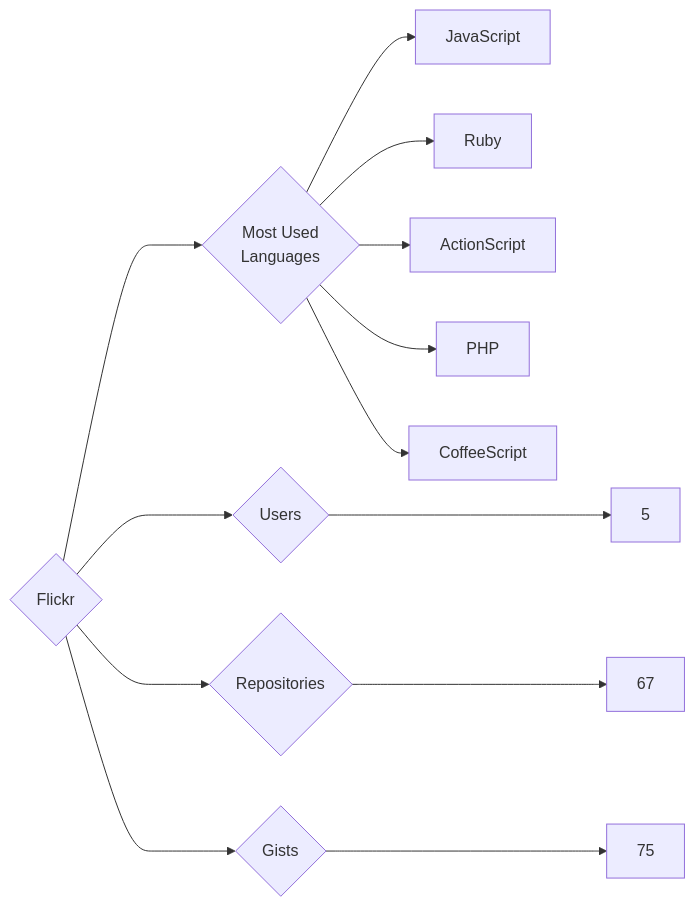
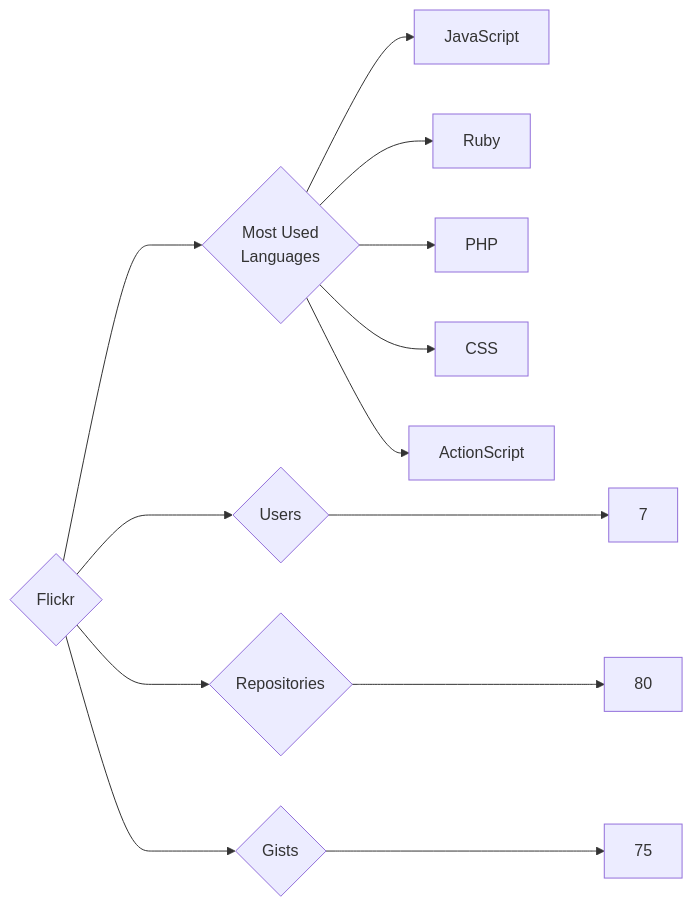
Before and after one commit to trickest/insiders: the diagram in targets/Flickr/README.md, drawn with Mermaid. The commit also changed 998 other files, not shown here.

````diff
--- a/targets/Flickr/README.md
+++ b/targets/Flickr/README.md
@@ -3,13 +3,13 @@
 ```mermaid
 graph LR
 COMPANY_NAME{Flickr}
-COMPANY_NAME ---> U{Users} ---> UN[5]
-COMPANY_NAME ---> R{Repositories} ---> RN[67]
+COMPANY_NAME ---> U{Users} ---> UN[7]
+COMPANY_NAME ---> R{Repositories} ---> RN[80]
 COMPANY_NAME ---> G{Gists} ---> GN[75]
 COMPANY_NAME ---> ML{Most Used<br>Languages}
 ML --> JavaScript[JavaScript]
 ML --> Ruby[Ruby]
+ML --> PHP[PHP]
+ML --> CSS[CSS]
 ML --> ActionScript[ActionScript]
-ML --> PHP[PHP]
-ML --> CoffeeScript[CoffeeScript]
 ```
````
